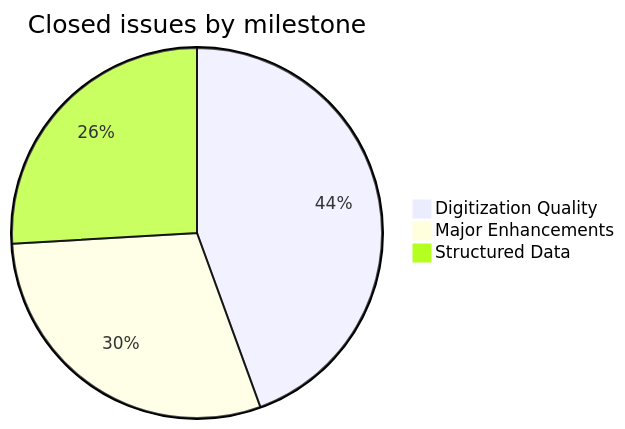
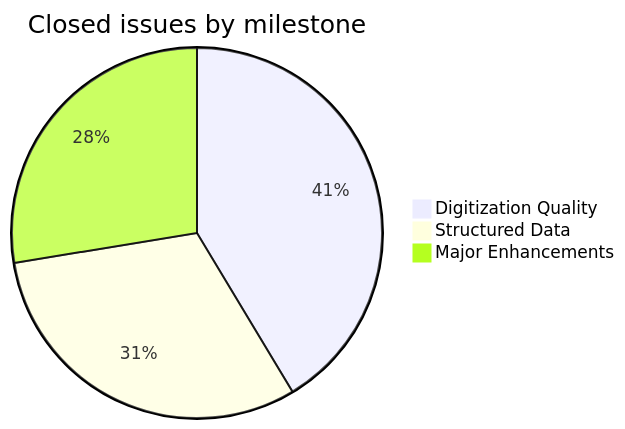
The first of 3 diagrams in README.md (sanskrit-lexicon/GRA), drawn with Mermaid before and after one commit. The commit also changed other lines of this file, not shown here.

````diff
--- a/README.md
+++ b/README.md
@@ -75,6 +81,6 @@
 ```mermaid
 pie title Closed issues by milestone
     "Digitization Quality" : 12
+    "Structured Data" : 9
     "Major Enhancements" : 8
-    "Structured Data" : 7
 ```
````
